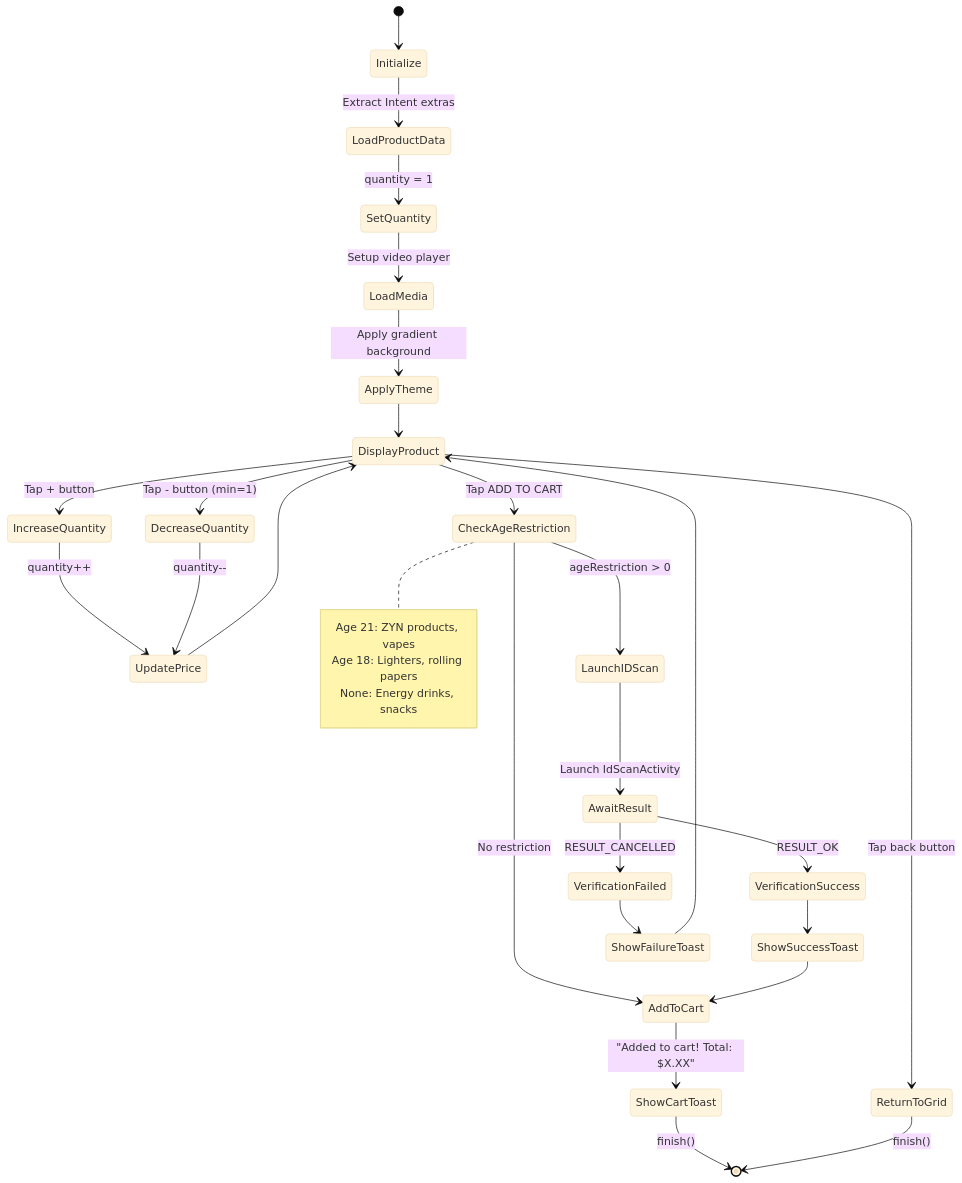
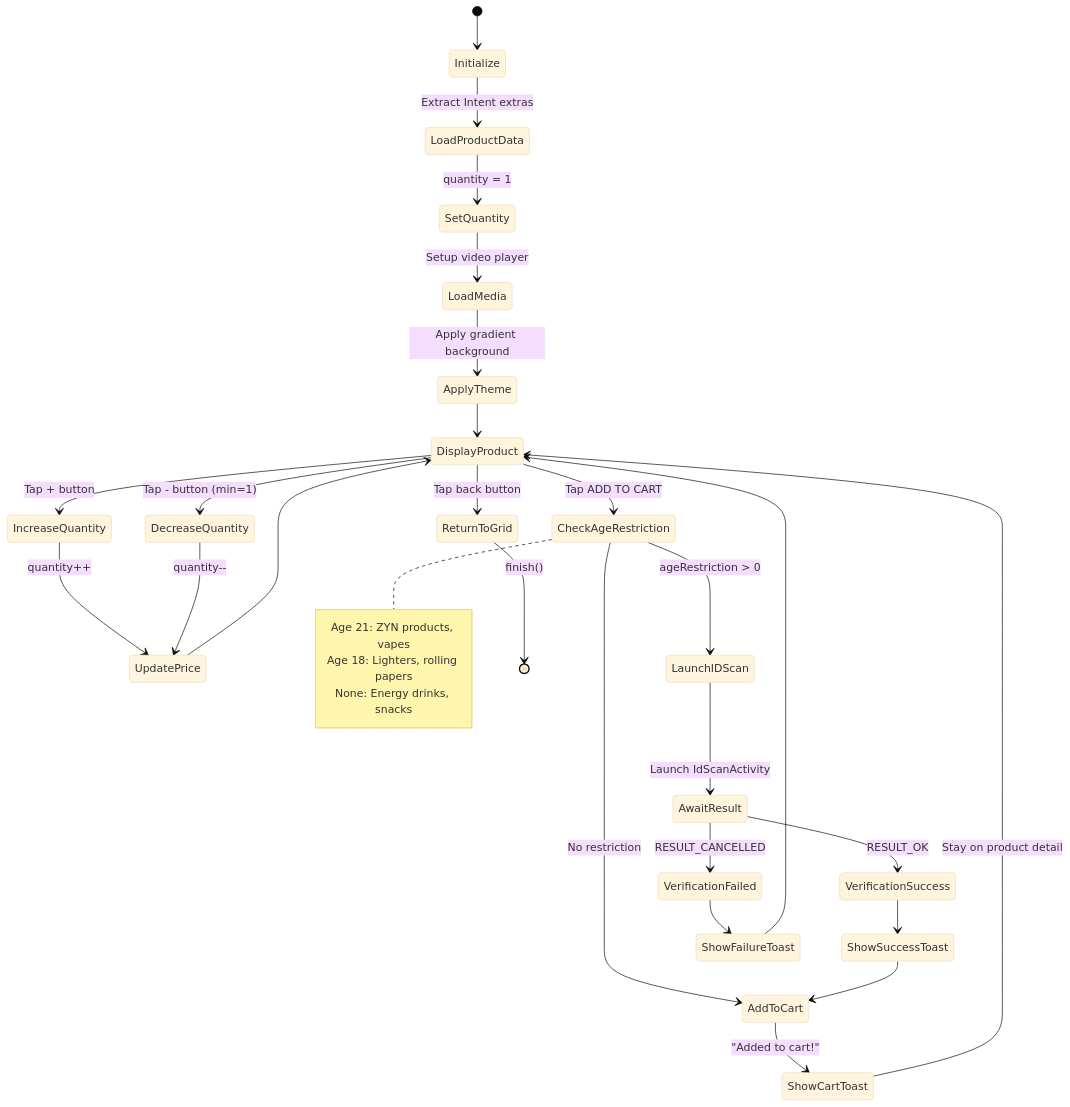
Before and after one commit to klhiggin96/zootbox: the fourth of 16 diagrams in .claude/ZOOTBOX_APPLICATION_FLOW.md, drawn with Mermaid (base theme). The commit also changed other lines of this file and 42 other files, not shown here.

````diff
--- a/.claude/ZOOTBOX_APPLICATION_FLOW.md
+++ b/.claude/ZOOTBOX_APPLICATION_FLOW.md
@@ -165,46 +186,46 @@
 ```mermaid
 stateDiagram-v2
     [*] --> Initialize
     Initialize --> LoadProductData: Extract Intent extras
     LoadProductData --> SetQuantity: quantity = 1
     SetQuantity --> LoadMedia: Setup video player
     LoadMedia --> ApplyTheme: Apply gradient background
     ApplyTheme --> DisplayProduct
 
     DisplayProduct --> IncreaseQuantity: Tap + button
     IncreaseQuantity --> UpdatePrice: quantity++
     UpdatePrice --> DisplayProduct
 
     DisplayProduct --> DecreaseQuantity: Tap - button (min=1)
     DecreaseQuantity --> UpdatePrice: quantity--
 
     DisplayProduct --> CheckAgeRestriction: Tap ADD TO CART
 
     state CheckAgeRestriction <<choice>>
     CheckAgeRestriction --> LaunchIDScan: ageRestriction > 0
     CheckAgeRestriction --> AddToCart: No restriction
 
     LaunchIDScan --> AwaitResult: Launch IdScanActivity
 
     state AwaitResult <<fork>>
     AwaitResult --> VerificationSuccess: RESULT_OK
     AwaitResult --> VerificationFailed: RESULT_CANCELLED
 
     VerificationSuccess --> ShowSuccessToast
     ShowSuccessToast --> AddToCart
 
     VerificationFailed --> ShowFailureToast
     ShowFailureToast --> DisplayProduct
 
-    AddToCart --> ShowCartToast: "Added to cart! Total: $X.XX"
-    ShowCartToast --> [*]: finish()
+    AddToCart --> ShowCartToast: "Added to cart!"
+    ShowCartToast --> DisplayProduct: Stay on product detail
 
     DisplayProduct --> ReturnToGrid: Tap back button
     ReturnToGrid --> [*]: finish()
 
     note right of CheckAgeRestriction
         Age 21: ZYN products, vapes
         Age 18: Lighters, rolling papers
         None: Energy drinks, snacks
     end note
 ```
````
